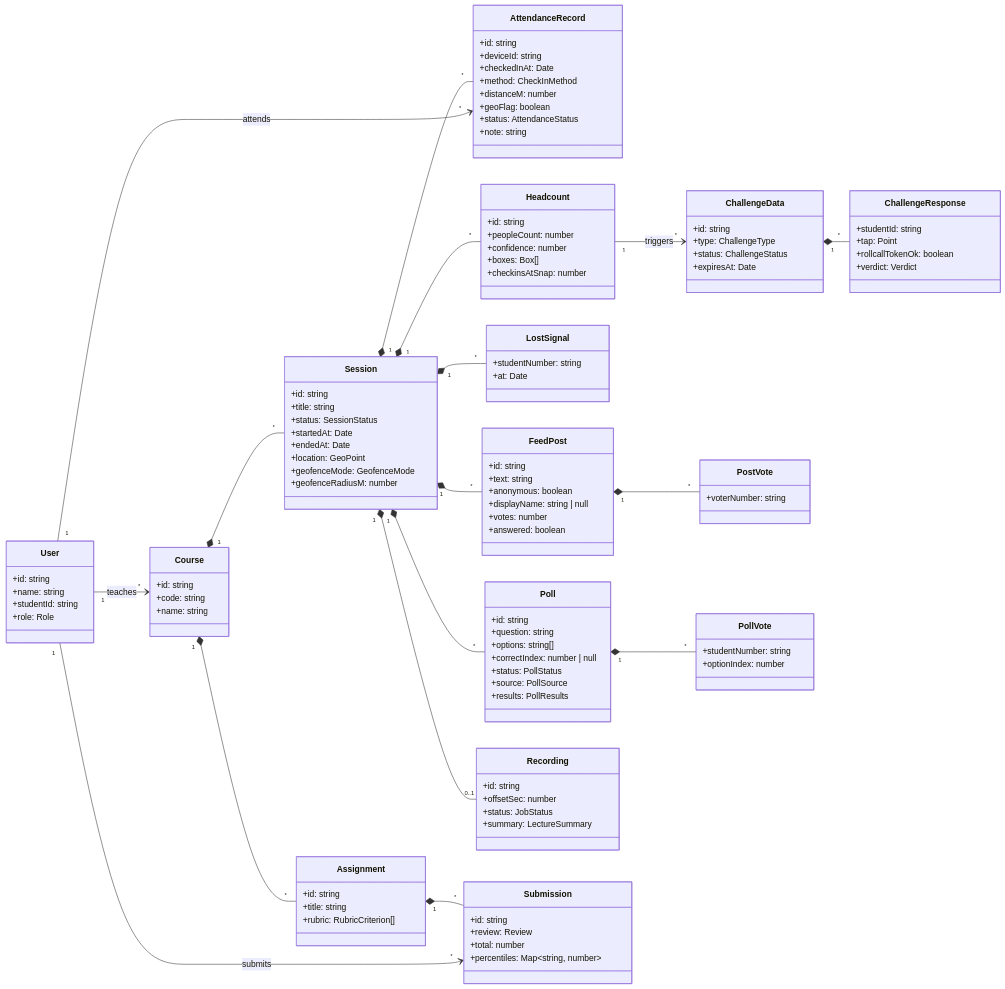
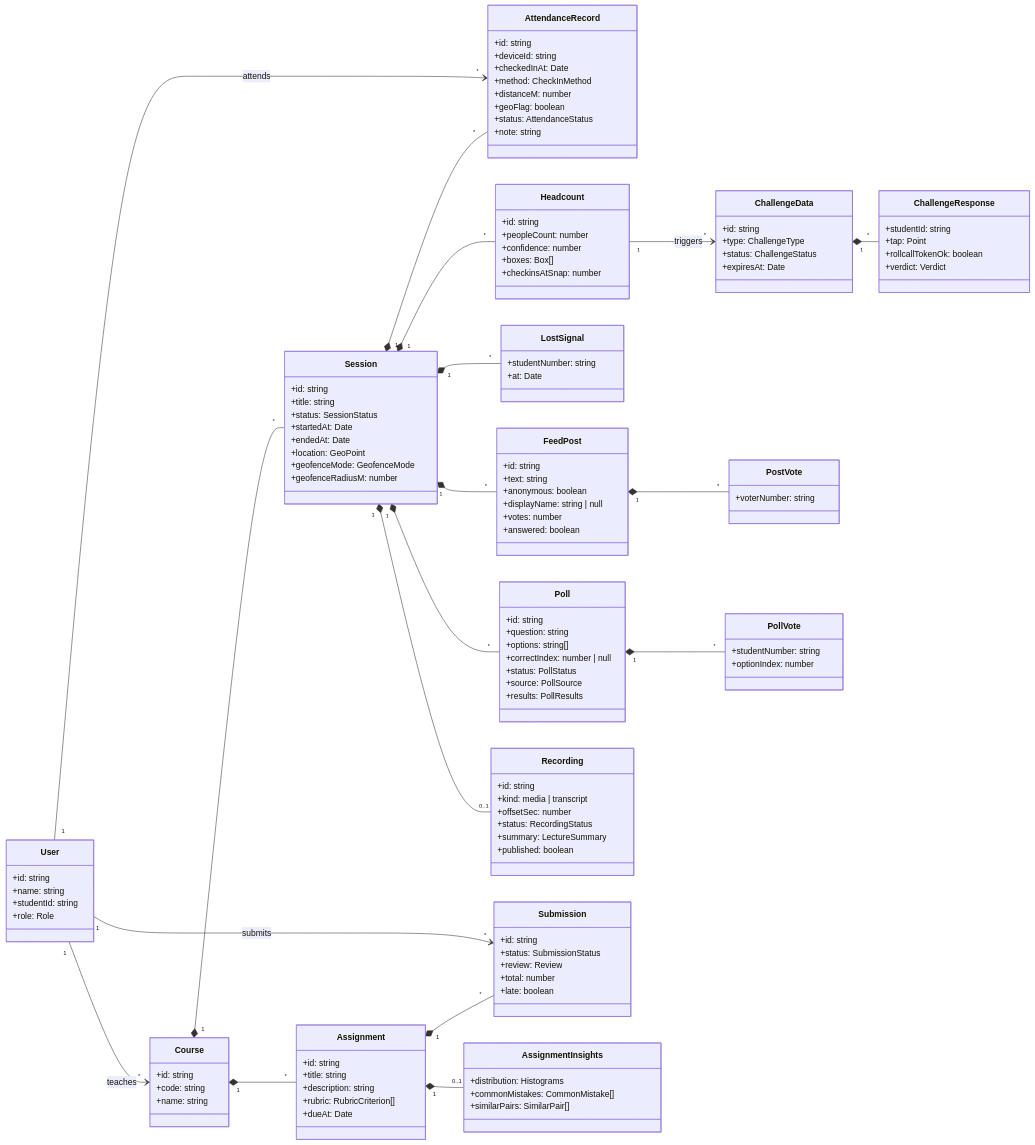
The first of 7 diagrams in docs/06-class-diagrams.md (GiladApel/classpulse), drawn with Mermaid before and after one commit. The commit also changed other lines of this file and 57 other files, not shown here.

First line of the commit message:
M6: lecture summaries with confusion timeline, AI homework review

````diff
--- a/docs/06-class-diagrams.md
+++ b/docs/06-class-diagrams.md
@@ -101,20 +101,30 @@
   }
   class Recording {
     +id: string
+    +kind: media | transcript
     +offsetSec: number
-    +status: JobStatus
+    +status: RecordingStatus
     +summary: LectureSummary
+    +published: boolean
   }
   class Assignment {
     +id: string
     +title: string
+    +description: string
     +rubric: RubricCriterion[]
+    +dueAt: Date
   }
   class Submission {
     +id: string
+    +status: SubmissionStatus
     +review: Review
     +total: number
-    +percentiles: Map~string, number~
+    +late: boolean
+  }
+  class AssignmentInsights {
+    +distribution: Histograms
+    +commonMistakes: CommonMistake[]
+    +similarPairs: SimilarPair[]
   }
 
   User "1" --> "*" Course : teaches
@@ -133,4 +143,5 @@
   Course "1" *-- "*" Assignment
   Assignment "1" *-- "*" Submission
   User "1" --> "*" Submission : submits
+  Assignment "1" *-- "0..1" AssignmentInsights
 ```
````
